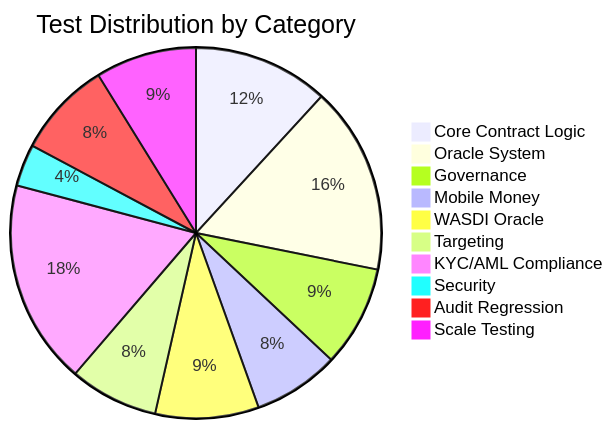
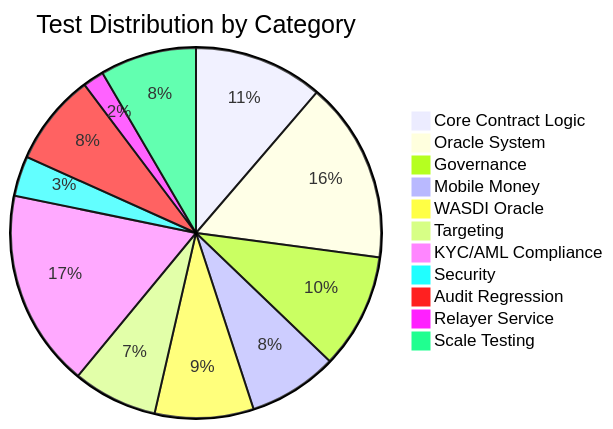
One commit to loxadim/flood-prediction-smart-contract changed the diagram in docs/SMART_CONTRACT_TEST_RESULTS.md. Above: the diagram before and after it, drawn with Mermaid. The commit also changed other lines of this file and 6 other files, not shown here.

````diff
--- a/docs/SMART_CONTRACT_TEST_RESULTS.md
+++ b/docs/SMART_CONTRACT_TEST_RESULTS.md
@@ -96,13 +97,14 @@
 ```mermaid
 pie title Test Distribution by Category
     "Core Contract Logic" : 55
-    "Oracle System" : 76
-    "Governance" : 41
-    "Mobile Money" : 35
+    "Oracle System" : 77
+    "Governance" : 49
+    "Mobile Money" : 38
     "WASDI Oracle" : 42
     "Targeting" : 36
-    "KYC/AML Compliance" : 83
+    "KYC/AML Compliance" : 84
     "Security" : 17
     "Audit Regression" : 39
+    "Relayer Service" : 9
     "Scale Testing" : 41
 ```
````
